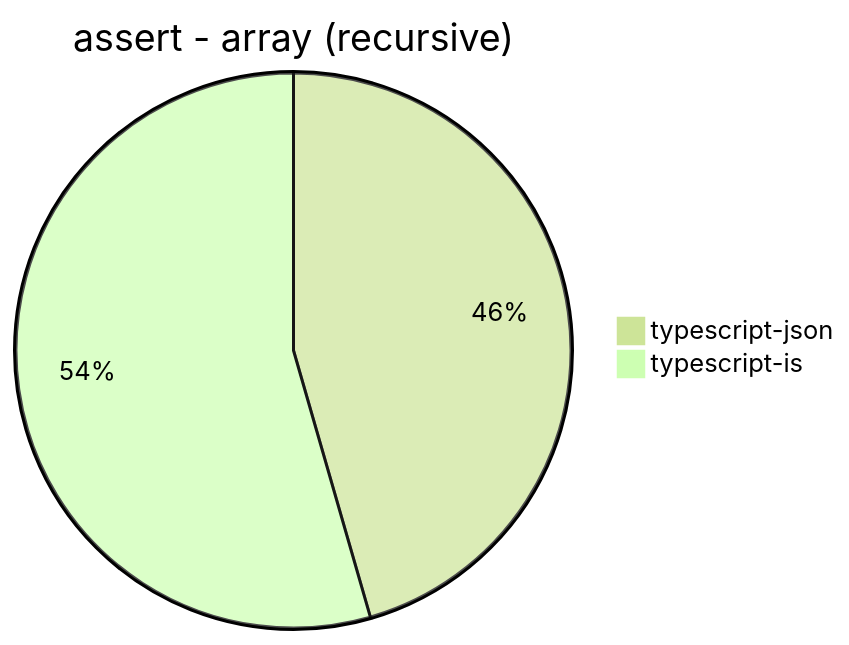
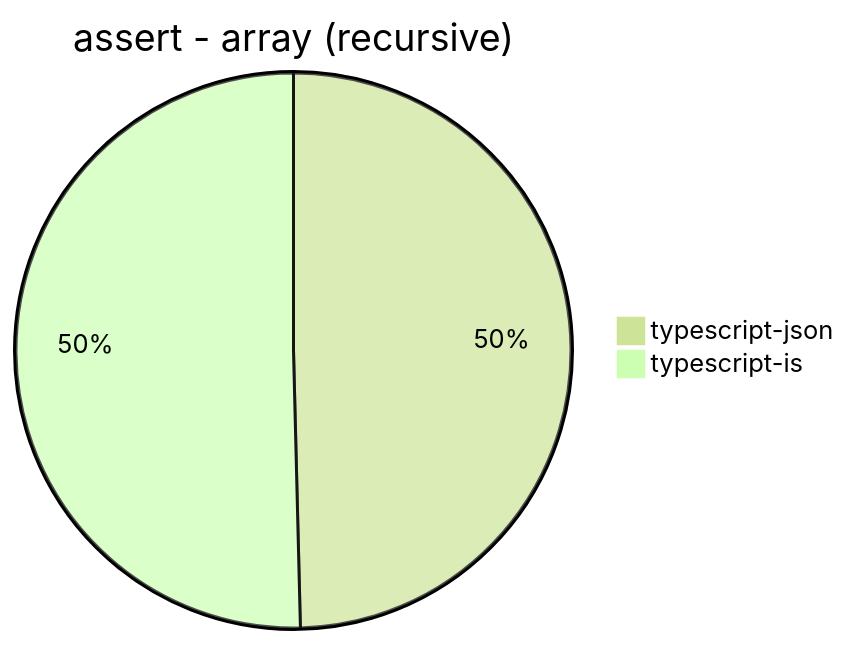
Before and after one commit to neklan1205/typescript-json: the fourth of 30 diagrams in benchmark/results/Intel(R) Core(TM) i7-6700 CPU @ 3.40GHz.md, drawn with Mermaid (forest theme). The commit also changed other lines of this file, not shown here.

````diff
--- a/benchmark/results/Intel(R) Core(TM) i7-6700 CPU @ 3.40GHz.md
+++ b/benchmark/results/Intel(R) Core(TM) i7-6700 CPU @ 3.40GHz.md
@@ -39,5 +39,5 @@
 ```mermaid
 pie title assert - array (recursive)
-  "typescript-json": 933.1193151417871
-  "typescript-is": 1116.262091622559
+  "typescript-json": 1060.3204524033931
+  "typescript-is": 1077.3381294964029
 ```
````
